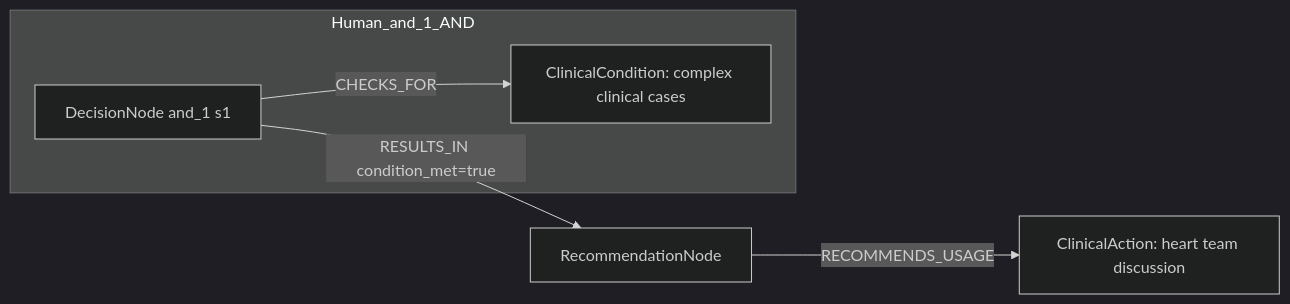
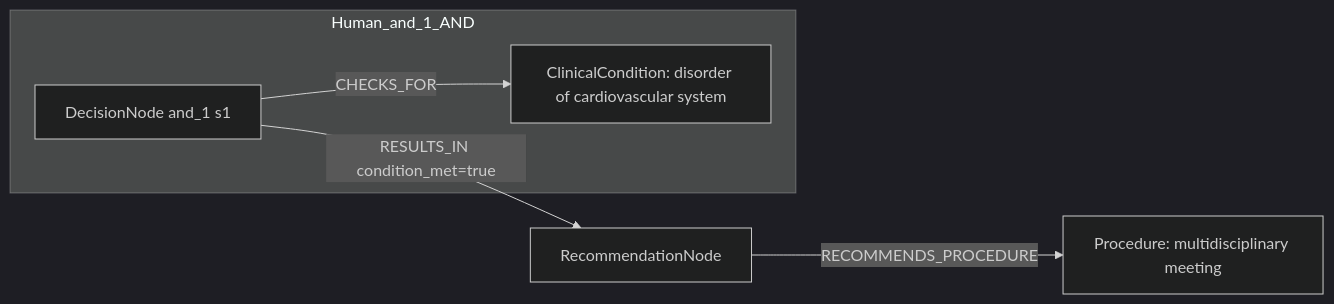
The first of 2 diagrams in docs/table22_rows_comparison/row_02.md (dieterich-lab/CardioGuidelinesGraph), drawn with Mermaid (dark theme) before and after one commit. The commit also changed other lines of this file and 27 other files, not shown here.

````diff
--- a/docs/table22_rows_comparison/row_02.md
+++ b/docs/table22_rows_comparison/row_02.md
@@ -187,12 +74,12 @@
 ```mermaid
 graph LR
   REC[RecommendationNode]
-  ACT1[ClinicalAction: heart team discussion]
-  REC -->|RECOMMENDS_USAGE| ACT1
+  ACT1[Procedure: multidisciplinary meeting]
+  REC -->|RECOMMENDS_PROCEDURE| ACT1
   subgraph Human_and_1_AND
     D_and_1_1[DecisionNode and_1 s1]
-    C_and_1_1[ClinicalCondition: complex clinical cases]
+    C_and_1_1[ClinicalCondition: disorder of cardiovascular system]
     D_and_1_1 -->|CHECKS_FOR| C_and_1_1
   end
   D_and_1_1 -->|RESULTS_IN condition_met=true| REC
 ```
````
